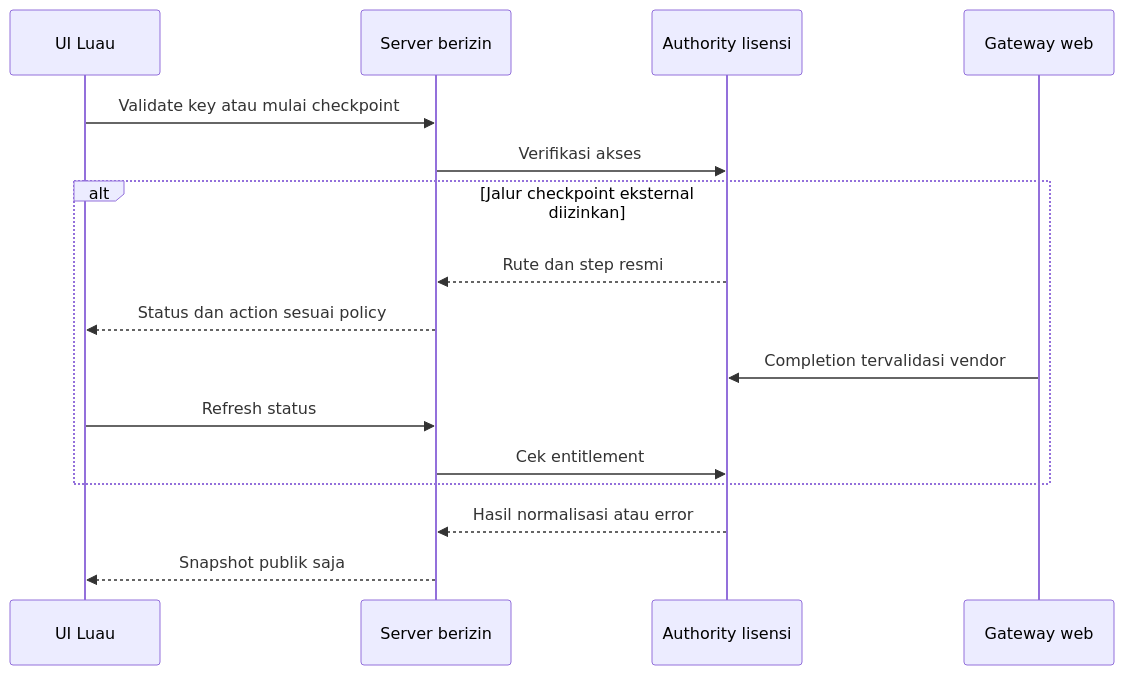
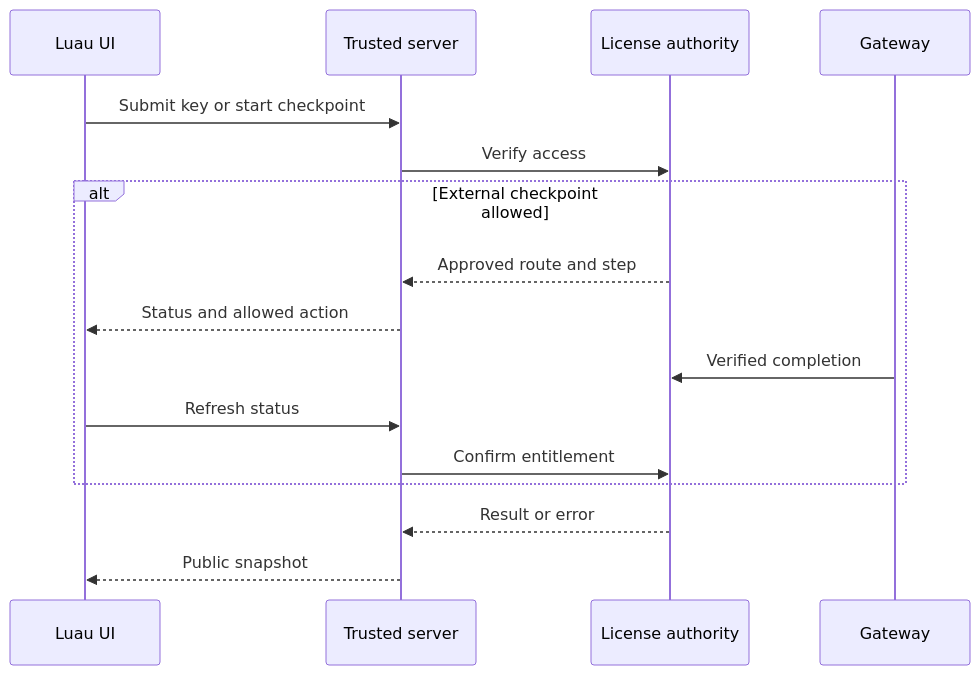
The diagram in docs/auth.md (briandyy/Feybrume), drawn with Mermaid before and after one commit. The commit also changed other lines of this file and 44 other files, not shown here.

````diff
--- a/docs/auth.md
+++ b/docs/auth.md
@@ -17,18 +17,18 @@
 ```mermaid
 sequenceDiagram
-  participant U as UI Luau
-  participant S as Server berizin
-  participant A as Authority lisensi
-  participant G as Gateway web
-  U->>S: Validate key atau mulai checkpoint
-  S->>A: Verifikasi akses
-  alt Jalur checkpoint eksternal diizinkan
-    A-->>S: Rute dan step resmi
-    S-->>U: Status dan action sesuai policy
-    G->>A: Completion tervalidasi vendor
+  participant U as Luau UI
+  participant S as Trusted server
+  participant A as License authority
+  participant G as Gateway
+  U->>S: Submit key or start checkpoint
+  S->>A: Verify access
+  alt External checkpoint allowed
+    A-->>S: Approved route and step
+    S-->>U: Status and allowed action
+    G->>A: Verified completion
     U->>S: Refresh status
-    S->>A: Cek entitlement
+    S->>A: Confirm entitlement
   end
-  A-->>S: Hasil normalisasi atau error
-  S-->>U: Snapshot publik saja
+  A-->>S: Result or error
+  S-->>U: Public snapshot
 ```
````
